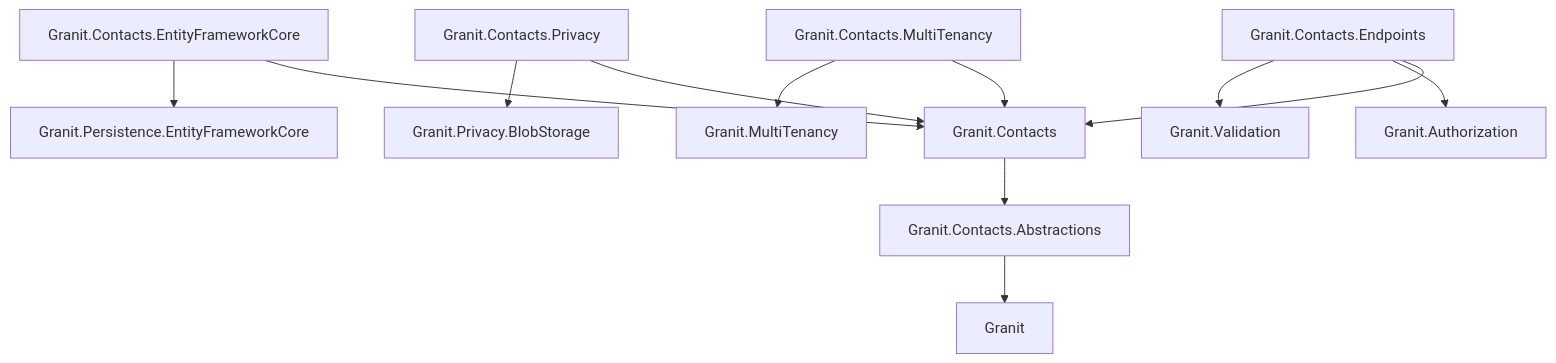
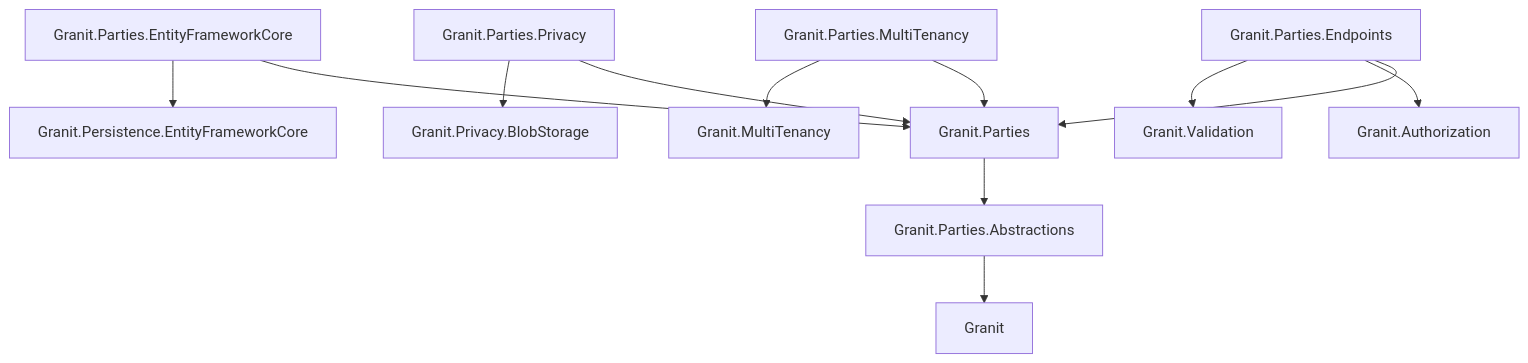
One commit to granit-fx/granit-dotnet changed the diagram in docs-site/src/content/docs/dotnet/business/contacts.mdx. Above: the diagram before and after it, drawn with Mermaid. The commit also changed other lines of this file and 505 other files, not shown here.

````diff
--- a/docs-site/src/content/docs/dotnet/business/contacts.mdx
+++ b/docs-site/src/content/docs/dotnet/business/contacts.mdx
@@ -55,14 +55,14 @@
 ```mermaid
 graph TD
-    CA[Granit.Contacts.Abstractions] --> G[Granit]
-    C[Granit.Contacts] --> CA
-    CEF[Granit.Contacts.EntityFrameworkCore] --> C
+    CA[Granit.Parties.Abstractions] --> G[Granit]
+    C[Granit.Parties] --> CA
+    CEF[Granit.Parties.EntityFrameworkCore] --> C
     CEF --> P[Granit.Persistence.EntityFrameworkCore]
-    CE[Granit.Contacts.Endpoints] --> C
+    CE[Granit.Parties.Endpoints] --> C
     CE --> AUTH[Granit.Authorization]
     CE --> V[Granit.Validation]
-    CMT[Granit.Contacts.MultiTenancy] --> C
+    CMT[Granit.Parties.MultiTenancy] --> C
     CMT --> MT[Granit.MultiTenancy]
-    CP[Granit.Contacts.Privacy] --> C
+    CP[Granit.Parties.Privacy] --> C
     CP --> PV[Granit.Privacy.BlobStorage]
 ```
````
